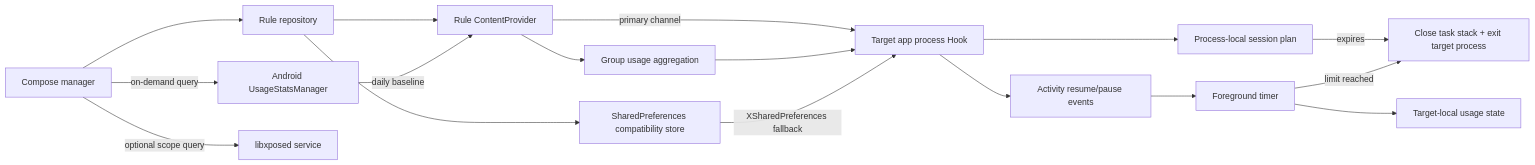
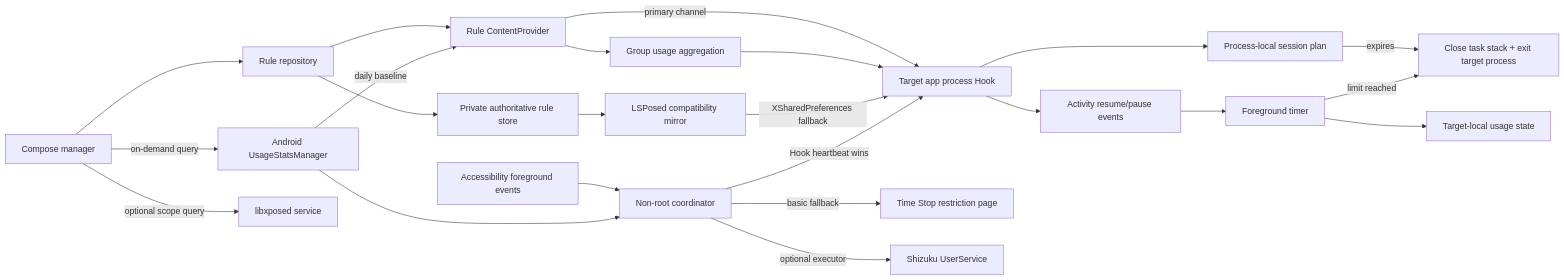
Before and after one commit to Xposed-Modules-Repo/com.liuml.apptimelimiter: the first of 2 diagrams in README.md, drawn with Mermaid. The commit also changed other lines of this file and 116 other files, not shown here.

Commit message:
feat: add non-root protection mode

````diff
--- a/README.md
+++ b/README.md
@@ -57,19 +60,25 @@
 ```mermaid
 flowchart LR
     UI["Compose manager"] --> Repo["Rule repository"]
     Repo --> Provider["Rule ContentProvider"]
-    Repo --> Prefs["SharedPreferences compatibility store"]
+    Repo --> Primary["Private authoritative rule store"]
+    Primary --> Prefs["LSPosed compatibility mirror"]
     Provider -->|"primary channel"| Hook["Target app process Hook"]
     Provider --> Groups["Group usage aggregation"]
     Groups --> Hook
     Prefs -->|"XSharedPreferences fallback"| Hook
     Hook --> Lifecycle["Activity resume/pause events"]
     Lifecycle --> Timer["Foreground timer"]
     Hook --> SessionPlan["Process-local session plan"]
     SessionPlan -->|"expires"| Exit
     Timer -->|"limit reached"| Exit["Close task stack + exit target process"]
     Timer --> State["Target-local usage state"]
     UI -->|"on-demand query"| UsageStats["Android UsageStatsManager"]
     UsageStats -->|"daily baseline"| Provider
     UI -->|"optional scope query"| XposedService["libxposed service"]
+    Accessibility["Accessibility foreground events"] --> Coordinator["Non-root coordinator"]
+    UsageStats --> Coordinator
+    Coordinator -->|"Hook heartbeat wins"| Hook
+    Coordinator -->|"basic fallback"| BreakPage["Time Stop restriction page"]
+    Coordinator -->|"optional executor"| Shizuku["Shizuku UserService"]
 ```
````
